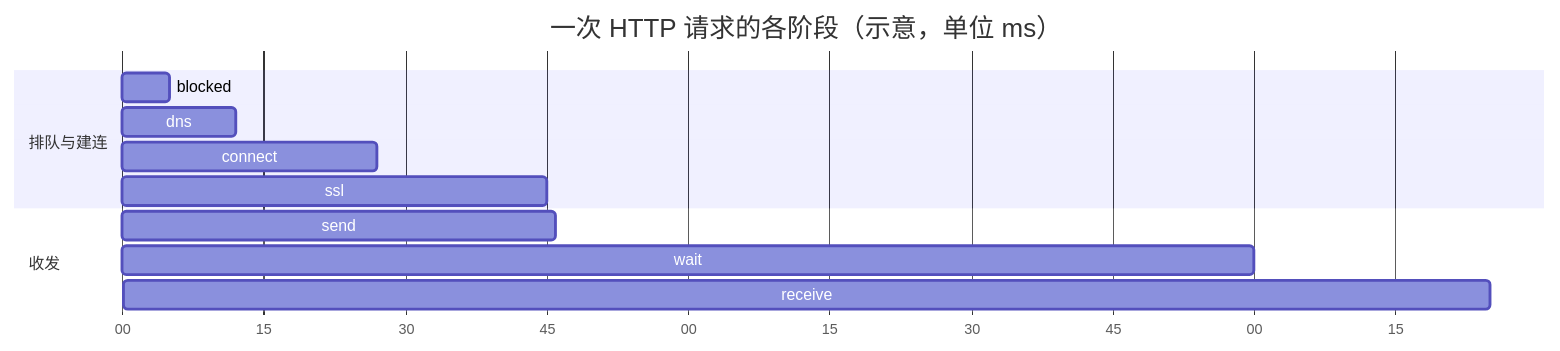
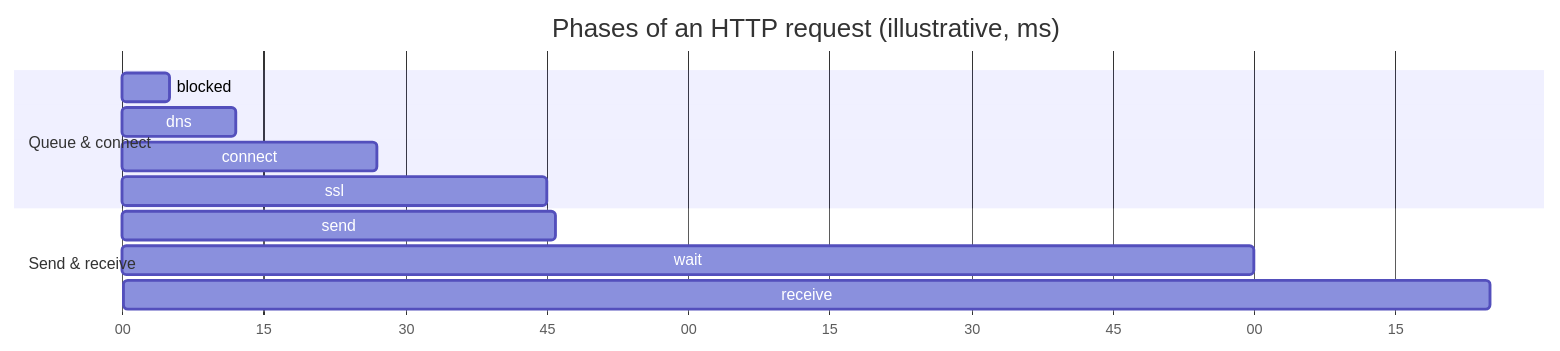
One commit to hitechcloud-vietnam/har-skills changed the second of 3 diagrams in website/zh/har-basics.md. Above: the diagram before and after it, drawn with Mermaid. The commit also changed other lines of this file and 97 other files, not shown here.

````diff
--- a/website/zh/har-basics.md
+++ b/website/zh/har-basics.md
@@ -160,15 +160,15 @@
 ```mermaid
 gantt
-  title 一次 HTTP 请求的各阶段（示意，单位 ms）
+  title Phases of an HTTP request (illustrative, ms)
   dateFormat X
   axisFormat %S
-  section 排队与建连
+  section Queue & connect
   blocked  :0, 5
   dns      :5, 12
   connect  :12, 27
   ssl      :27, 45
-  section 收发
+  section Send & receive
   send     :45, 46
   wait     :46, 120
   receive  :120, 145
 ```
````
